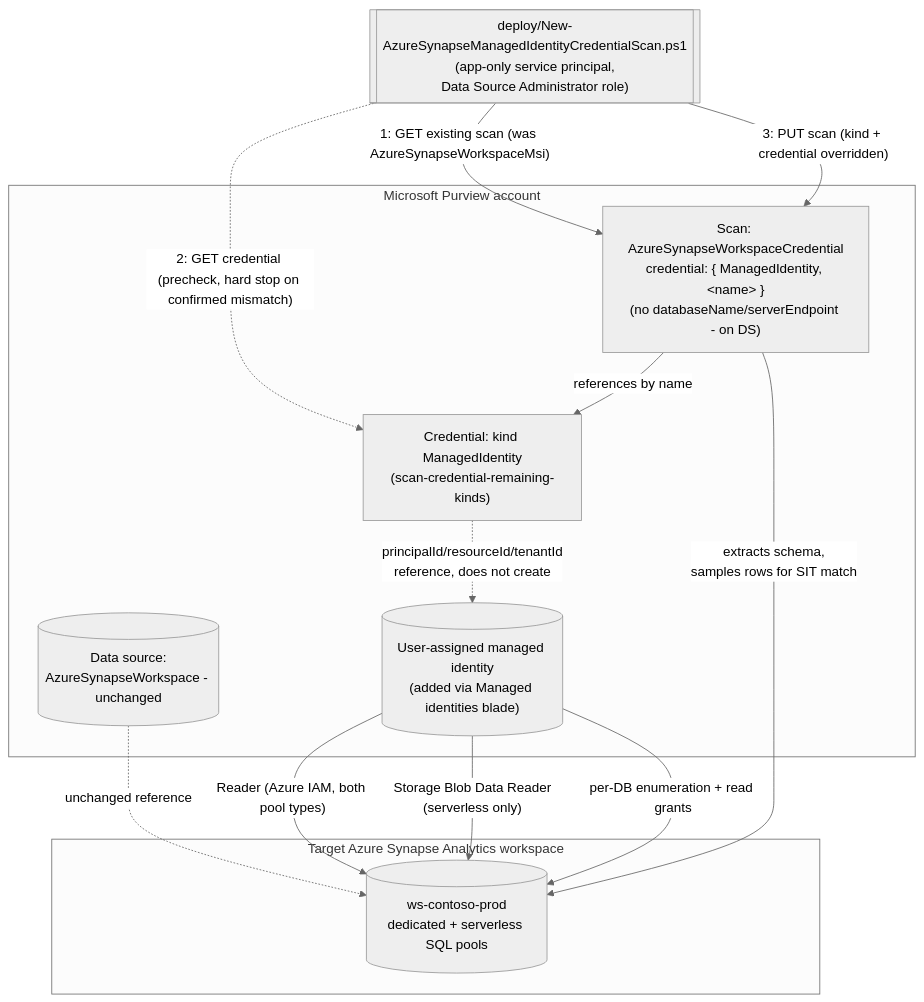
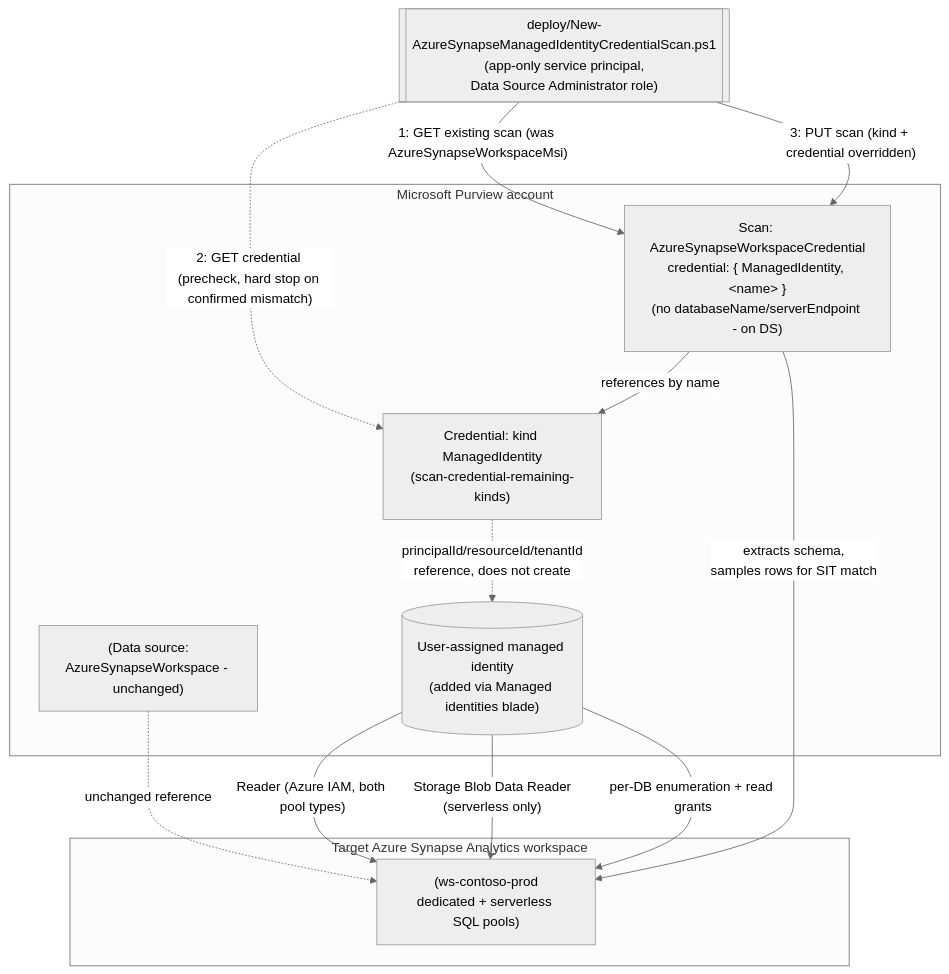
One commit to kpsec1/kpsec1.github.io changed the diagram in src/content/scenarios/data-map/scan-azure-synapse-and-classify-managed-identity-credential.md. Above: the diagram before and after it, drawn with Mermaid (neutral theme). The commit also changed 80 other files, not shown here.

First line of the commit message:
Fix Mermaid diagram rendering across all scenarios

````diff
--- a/src/content/scenarios/data-map/scan-azure-synapse-and-classify-managed-identity-credential.md
+++ b/src/content/scenarios/data-map/scan-azure-synapse-and-classify-managed-identity-credential.md
@@ -66,27 +66,27 @@
 ```mermaid
 flowchart TD
     subgraph Azure["Target Azure Synapse Analytics workspace"]
-        WS[(ws-contoso-prod<br/>dedicated + serverless SQL pools)]
+        WS["(ws-contoso-prod<br/>dedicated + serverless SQL pools)"]
     end
 
     subgraph Purview["Microsoft Purview account"]
         UAMI[("User-assigned managed identity<br/>(added via Managed identities blade)")]
         Cred["Credential: kind ManagedIdentity<br/>(scan-credential-remaining-kinds)"]
-        DS[(Data source:<br/>AzureSynapseWorkspace - unchanged)]
+        DS["(Data source:<br/>AzureSynapseWorkspace - unchanged)"]
         Scan["Scan: AzureSynapseWorkspaceCredential<br/>credential: { ManagedIdentity, &lt;name&gt; }<br/>(no databaseName/serverEndpoint - on DS)"]
     end
 
     Deployer[["deploy/New-AzureSynapseManagedIdentityCredentialScan.ps1<br/>(app-only service principal,<br/>Data Source Administrator role)"]]
 
     Deployer -- "1: GET existing scan (was AzureSynapseWorkspaceMsi)" --> Scan
     Deployer -. "2: GET credential (precheck, hard stop on confirmed mismatch)" .-> Cred
     Deployer -- "3: PUT scan (kind + credential overridden)" --> Scan
 
     DS -.->|unchanged reference| WS
     Scan -- "references by name" --> Cred
     Cred -. "principalId/resourceId/tenantId<br/>reference, does not create" .-> UAMI
     UAMI -- "Reader (Azure IAM, both pool types)" --> WS
     UAMI -- "Storage Blob Data Reader<br/>(serverless only)" --> WS
     UAMI -- "per-DB enumeration + read grants" --> WS
     Scan -- "extracts schema,<br/>samples rows for SIT match" --> WS
 ```
````
